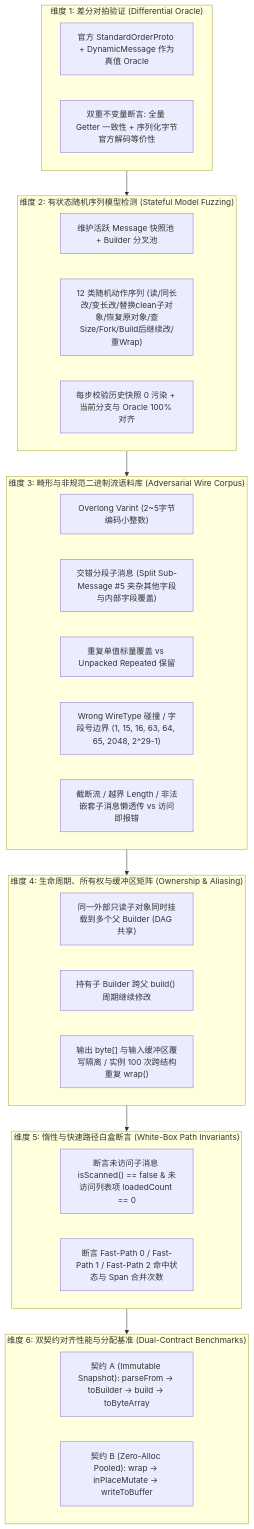
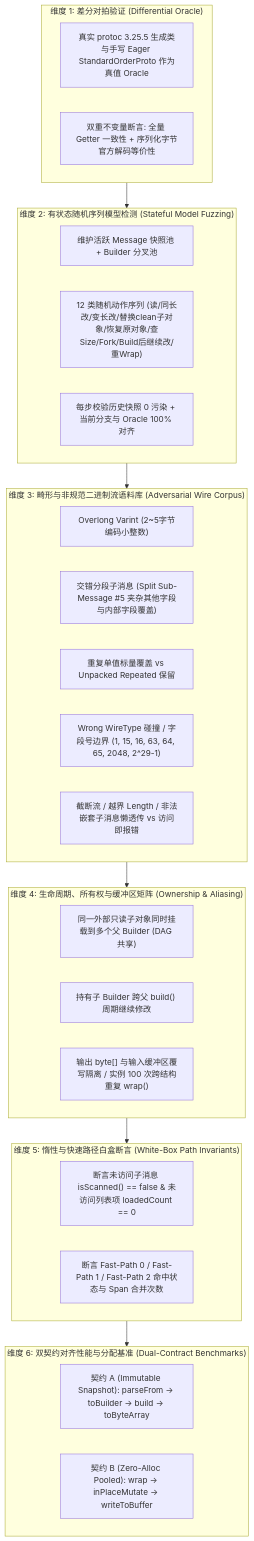
Before and after one commit to inu4g0t/lazy-proto: the fourth of 4 diagrams in DESIGN.md, drawn with Mermaid. The commit also changed other lines of this file and 11 other files, not shown here.

````diff
--- a/DESIGN.md
+++ b/DESIGN.md
@@ -645,39 +645,39 @@
 ```mermaid
 flowchart TD
     subgraph P1["维度 1: 差分对拍验证 (Differential Oracle)"]
-        O1["官方 StandardOrderProto + DynamicMessage 作为真值 Oracle"]
+        O1["真实 protoc 3.25.5 生成类与手写 Eager StandardOrderProto 作为真值 Oracle"]
         O2["双重不变量断言: 全量 Getter 一致性 + 序列化字节官方解码等价性"]
     end
 
     subgraph P2["维度 2: 有状态随机序列模型检测 (Stateful Model Fuzzing)"]
         F1["维护活跃 Message 快照池 + Builder 分叉池"]
         F2["12 类随机动作序列 (读/同长改/变长改/替换clean子对象/恢复原对象/查Size/Fork/Build后继续改/重Wrap)"]
         F3["每步校验历史快照 0 污染 + 当前分支与 Oracle 100% 对齐"]
     end
 
     subgraph P3["维度 3: 畸形与非规范二进制流语料库 (Adversarial Wire Corpus)"]
         W1["Overlong Varint (2~5字节编码小整数)"]
         W2["交错分段子消息 (Split Sub-Message #5 夹杂其他字段与内部字段覆盖)"]
         W3["重复单值标量覆盖 vs Unpacked Repeated 保留"]
         W4["Wrong WireType 碰撞 / 字段号边界 (1, 15, 16, 63, 64, 65, 2048, 2^29-1)"]
         W5["截断流 / 越界 Length / 非法嵌套子消息懒透传 vs 访问即报错"]
     end
 
     subgraph P4["维度 4: 生命周期、所有权与缓冲区矩阵 (Ownership & Aliasing)"]
         L1["同一外部只读子对象同时挂载到多个父 Builder (DAG 共享)"]
         L2["持有子 Builder 跨父 build() 周期继续修改"]
         L3["输出 byte[] 与输入缓冲区覆写隔离 / 实例 100 次跨结构重复 wrap()"]
     end
 
     subgraph P5["维度 5: 惰性与快速路径白盒断言 (White-Box Path Invariants)"]
         I1["断言未访问子消息 isScanned() == false & 未访问列表项 loadedCount == 0"]
         I2["断言 Fast-Path 0 / Fast-Path 1 / Fast-Path 2 命中状态与 Span 合并次数"]
     end
 
     subgraph P6["维度 6: 双契约对齐性能与分配基准 (Dual-Contract Benchmarks)"]
         B1["契约 A (Immutable Snapshot): parseFrom -> toBuilder -> build -> toByteArray"]
         B2["契约 B (Zero-Alloc Pooled): wrap -> inPlaceMutate -> writeToBuffer"]
     end
 
     P1 --> P2 --> P3 --> P4 --> P5 --> P6
 ```
````
